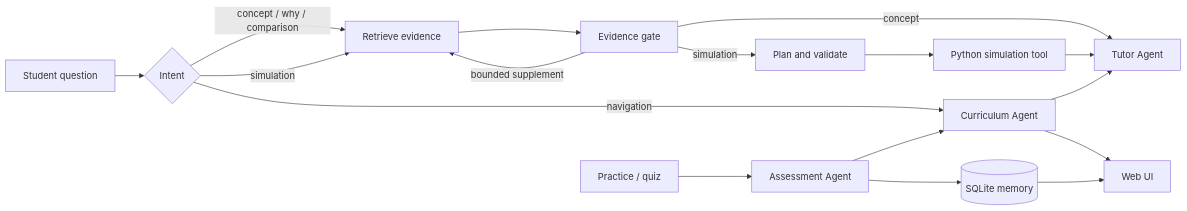
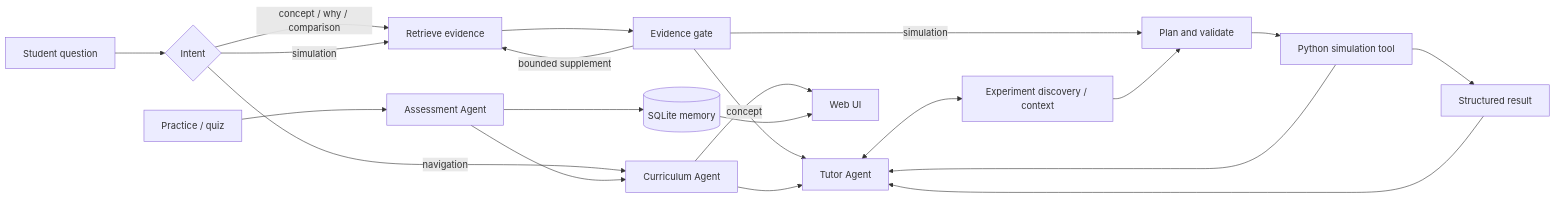
The diagram in README.md (JW35711/ai-tutor-for-stochastic-processes), drawn with Mermaid before and after one commit. The commit also changed other lines of this file and 11 other files, not shown here.

````diff
--- a/README.md
+++ b/README.md
@@ -119,19 +119,23 @@
 ```mermaid
 flowchart LR
     U[Student question] --> I{Intent}
     I -->|navigation| C[Curriculum Agent]
     I -->|concept / why / comparison| R[Retrieve evidence]
     I -->|simulation| R
     R --> E[Evidence gate]
     E -->|bounded supplement| R
     E -->|concept| T[Tutor Agent]
     E -->|simulation| P[Plan and validate]
     P --> S[Python simulation tool]
     S --> T
     QZ[Practice / quiz] --> A[Assessment Agent]
     A --> C
     A --> M[(SQLite memory)]
     C --> T
     C --> UI[Web UI]
     M --> UI
+    T <--> X[Experiment discovery / context]
+    X --> P
+    S --> V[Structured result]
+    V --> T
 ```
````
